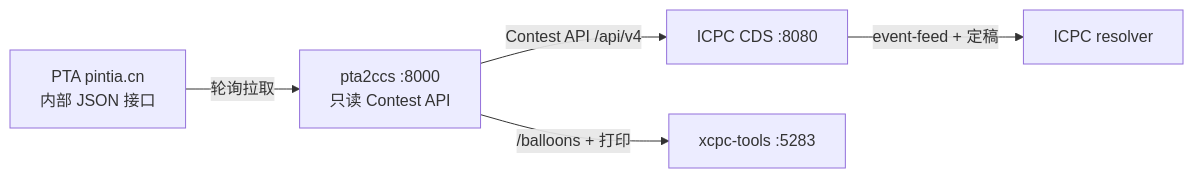
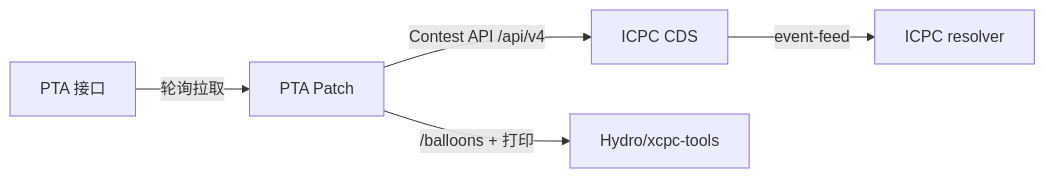
Before and after one commit to ZephyrBD/PTA-to-ICPC: the diagram in README.md, drawn with Mermaid. The commit also changed other lines of this file and 44 other files, not shown here.

First line of the commit message:
refactor!: rename project to PTA Patch

````diff
--- a/README.md
+++ b/README.md
@@ -20,7 +20,7 @@
 ```mermaid
 flowchart LR
-  PTA["PTA pintia.cn<br/>内部 JSON 接口"] -->|轮询拉取| P["pta2ccs :8000<br/>只读 Contest API"]
-  P -->|Contest API /api/v4| CDS["ICPC CDS :8080"]
-  CDS -->|event-feed + 定稿| R["ICPC resolver"]
-  P -->|/balloons + 打印| X["xcpc-tools :5283"]
+  PTA["PTA 接口"] -->|轮询拉取| P["PTA Patch"]
+  P -->|Contest API /api/v4| CDS["ICPC CDS"]
+  CDS -->|event-feed| R["ICPC resolver"]
+  P -->|/balloons + 打印| X["Hydro/xcpc-tools"]
 ```
````
